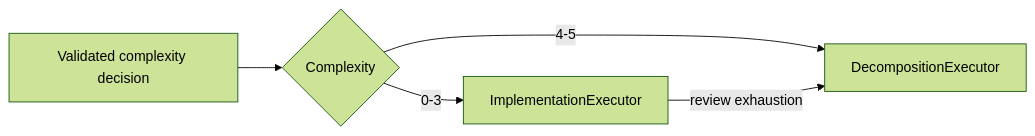
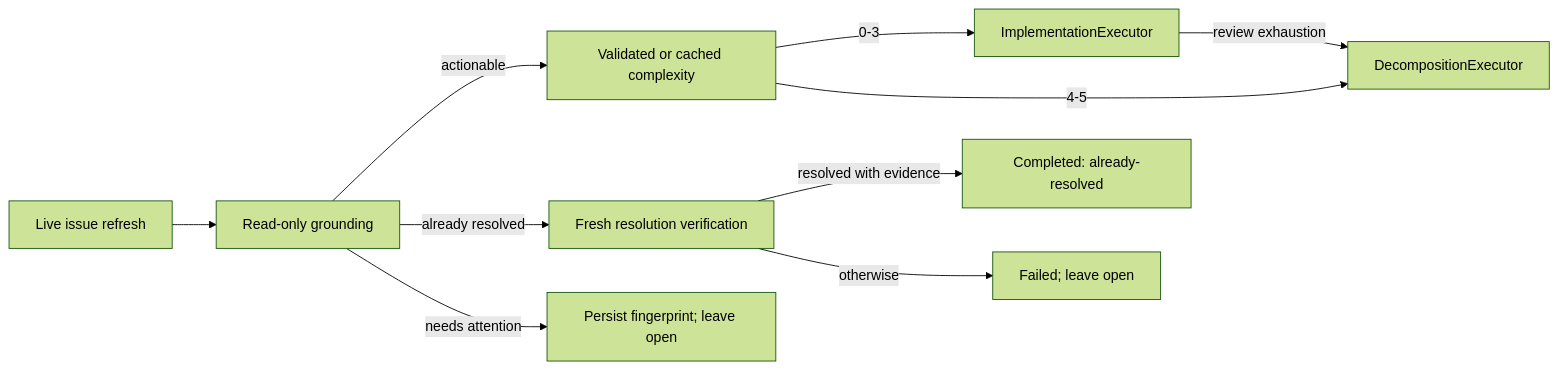
The third of 6 diagrams in docs/end-to-end-execution.md (beremaran/ralphie), drawn with Mermaid (forest theme) before and after one commit. The commit also changed other lines of this file and 10 other files, not shown here.

````diff
--- a/docs/end-to-end-execution.md
+++ b/docs/end-to-end-execution.md
@@ -228,7 +237,12 @@
 ```mermaid
 flowchart LR
-    A["Validated complexity decision"] --> B{"Complexity"}
-    B -->|0-3| C["ImplementationExecutor"]
-    B -->|4-5| D["DecompositionExecutor"]
-    C -->|review exhaustion| D
+    A["Live issue refresh"] --> B["Read-only grounding"]
+    B -->|actionable| C["Validated or cached complexity"]
+    B -->|already resolved| D["Fresh resolution verification"]
+    B -->|needs attention| E["Persist fingerprint; leave open"]
+    C -->|0-3| F["ImplementationExecutor"]
+    C -->|4-5| G["DecompositionExecutor"]
+    F -->|review exhaustion| G
+    D -->|resolved with evidence| H["Completed: already-resolved"]
+    D -->|otherwise| I["Failed; leave open"]
 ```
````
